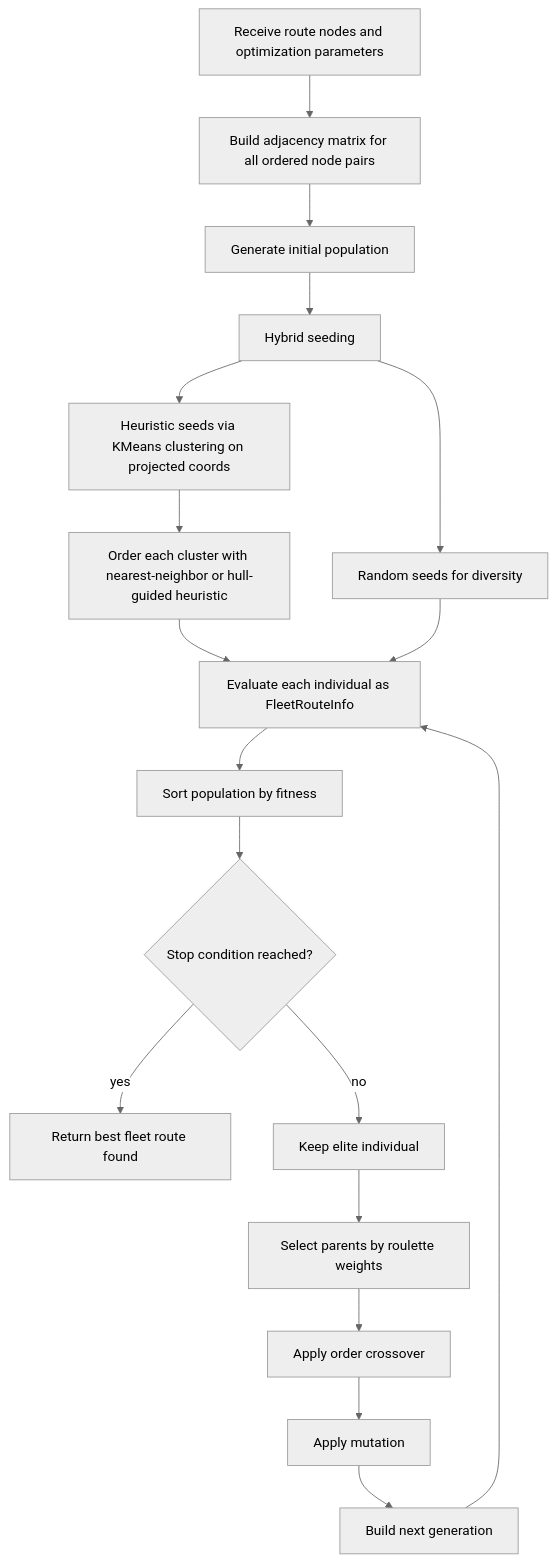
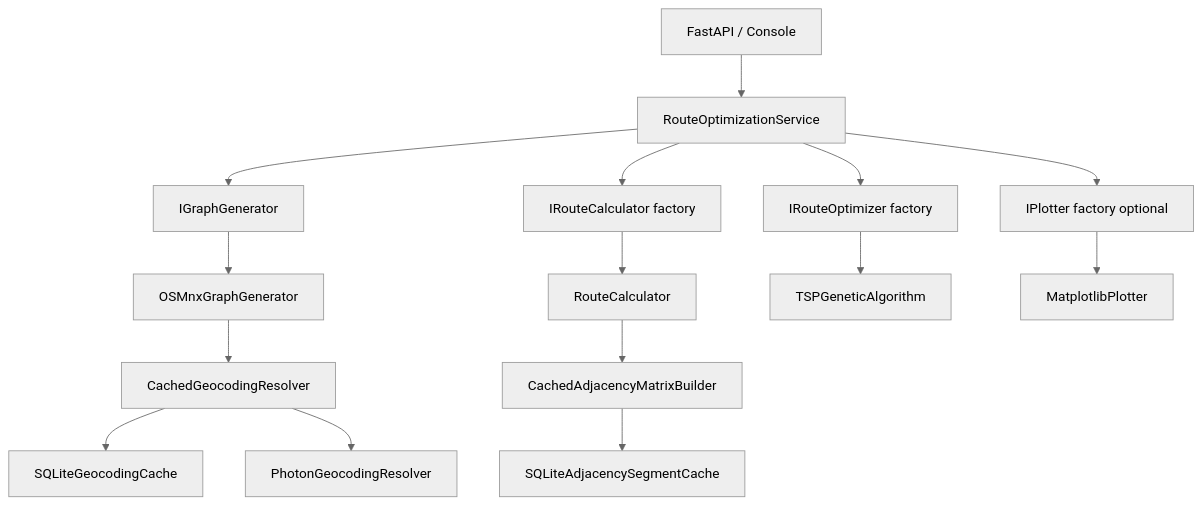
Before and after one commit to luizaaca/api_best_route: the first of 3 diagrams in architecture.md, drawn with Mermaid (neutral theme). The commit also changed other lines of this file and 24 other files, not shown here.

````diff
--- a/architecture.md
+++ b/architecture.md
@@ -114,20 +77,20 @@
 ```mermaid
 flowchart TD
-    A[Receive route nodes and optimization parameters] --> B[Build adjacency matrix for all ordered node pairs]
-    B --> C[Generate initial population]
-    C --> C1[Hybrid seeding]
-    C1 --> C2[Heuristic seeds via KMeans clustering on projected coords]
-    C1 --> C3[Random seeds for diversity]
-    C2 --> C4[Order each cluster with nearest-neighbor or hull-guided heuristic]
-    C4 --> D[Evaluate each individual as FleetRouteInfo]
-    C3 --> D
-    D --> E[Sort population by fitness]
-    E --> F{Stop condition reached?}
-    F -- yes --> G[Return best fleet route found]
-    F -- no --> H[Keep elite individual]
-    H --> I[Select parents by roulette weights]
-    I --> J[Apply order crossover]
-    J --> K[Apply mutation]
-    K --> L[Build next generation]
-    L --> D
+    A[FastAPI / Console] --> B[RouteOptimizationService]
+    B --> C[IGraphGenerator]
+    B --> D[IRouteCalculator factory]
+    B --> E[IRouteOptimizer factory]
+    B --> F[IPlotter factory optional]
+
+    C --> G[OSMnxGraphGenerator]
+    D --> H[RouteCalculator]
+    E --> I[TSPGeneticAlgorithm]
+    F --> J[MatplotlibPlotter]
+
+    G --> K[CachedGeocodingResolver]
+    K --> L[SQLiteGeocodingCache]
+    K --> M[PhotonGeocodingResolver]
+
+    H --> N[CachedAdjacencyMatrixBuilder]
+    N --> O[SQLiteAdjacencySegmentCache]
 ```
````
